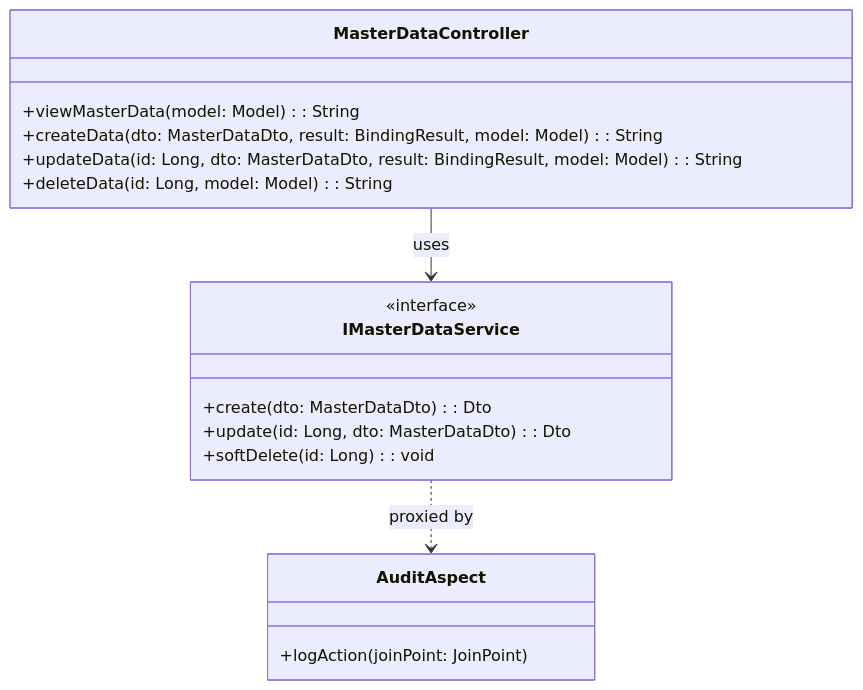
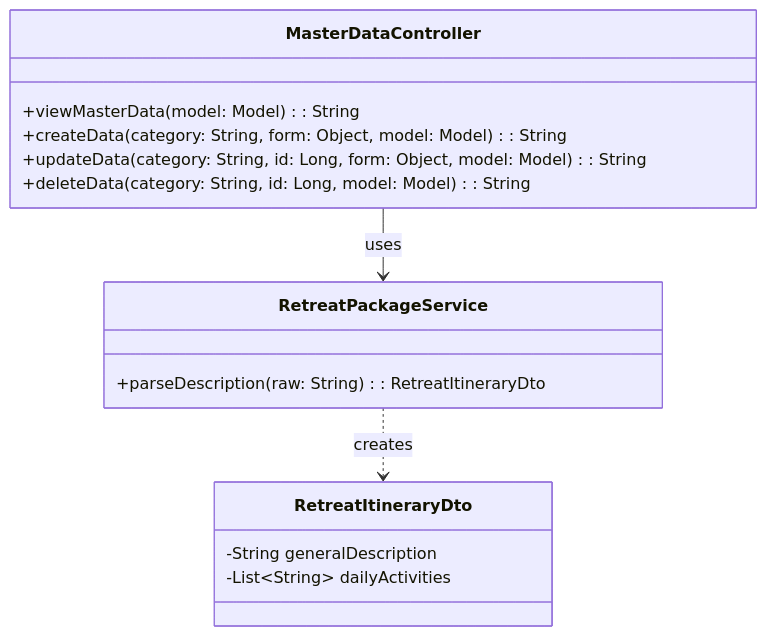
The first of 2 diagrams in 04_Implement/Module1/UC04_Implementation.md (danhdac36/xoai-aura-retreat), drawn with Mermaid before and after one commit. The commit also changed other lines of this file and 36 other files, not shown here.

````diff
--- a/04_Implement/Module1/UC04_Implementation.md
+++ b/04_Implement/Module1/UC04_Implementation.md
@@ -166,21 +158,19 @@
 ```mermaid
 classDiagram
     class MasterDataController {
         +viewMasterData(model: Model): String
-        +createData(dto: MasterDataDto, result: BindingResult, model: Model): String
-        +updateData(id: Long, dto: MasterDataDto, result: BindingResult, model: Model): String
-        +deleteData(id: Long, model: Model): String
+        +createData(category: String, form: Object, model: Model): String
+        +updateData(category: String, id: Long, form: Object, model: Model): String
+        +deleteData(category: String, id: Long, model: Model): String
     }
-    class IMasterDataService {
-        <<interface>>
-        +create(dto: MasterDataDto): Dto
-        +update(id: Long, dto: MasterDataDto): Dto
-        +softDelete(id: Long): void
+    class RetreatPackageService {
+        +parseDescription(raw: String): RetreatItineraryDto
     }
-    class AuditAspect {
-        +logAction(joinPoint: JoinPoint)
+    class RetreatItineraryDto {
+        -String generalDescription
+        -List~String~ dailyActivities
     }
 
-    MasterDataController --> IMasterDataService : uses
-    IMasterDataService ..> AuditAspect : proxied by
+    MasterDataController --> RetreatPackageService : uses
+    RetreatPackageService ..> RetreatItineraryDto : creates
 ```
````
